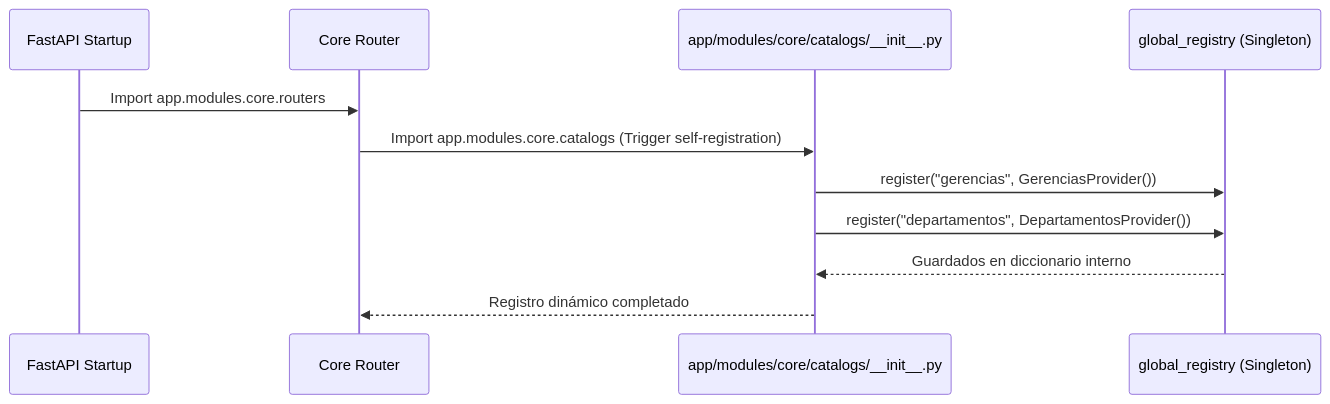
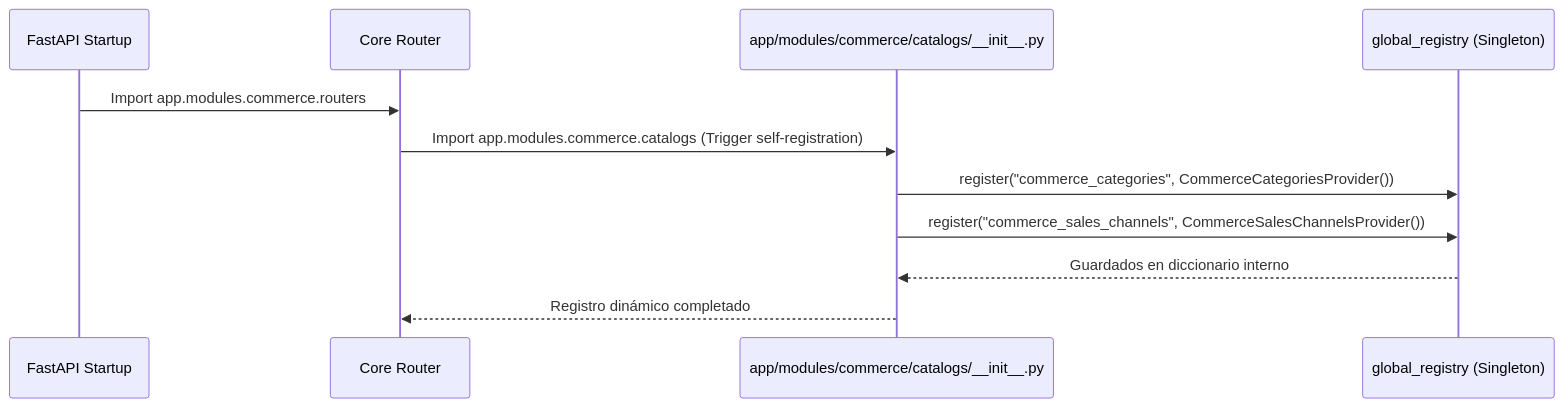
Before and after one commit to henrytaby/uyuni-backend-py: the second of 4 diagrams in docs/developer_guide/02_sistema_catalogos_dinamicos.md, drawn with Mermaid. The commit also changed other lines of this file and 20 other files, not shown here.

````diff
--- a/docs/developer_guide/02_sistema_catalogos_dinamicos.md
+++ b/docs/developer_guide/02_sistema_catalogos_dinamicos.md
@@ -101,14 +101,14 @@
 ```mermaid
 sequenceDiagram
     participant App as FastAPI Startup
     participant R as Core Router
-    participant I as app/modules/core/catalogs/__init__.py
+    participant I as app/modules/commerce/catalogs/__init__.py
     participant Reg as global_registry (Singleton)
     
-    App->>R: Import app.modules.core.routers
-    R->>I: Import app.modules.core.catalogs (Trigger self-registration)
-    I->>Reg: register("gerencias", GerenciasProvider())
-    I->>Reg: register("departamentos", DepartamentosProvider())
+    App->>R: Import app.modules.commerce.routers
+    R->>I: Import app.modules.commerce.catalogs (Trigger self-registration)
+    I->>Reg: register("commerce_categories", CommerceCategoriesProvider())
+    I->>Reg: register("commerce_sales_channels", CommerceSalesChannelsProvider())
     Reg-->>I: Guardados en diccionario interno
     I-->>R: Registro dinámico completado
 ```
````
